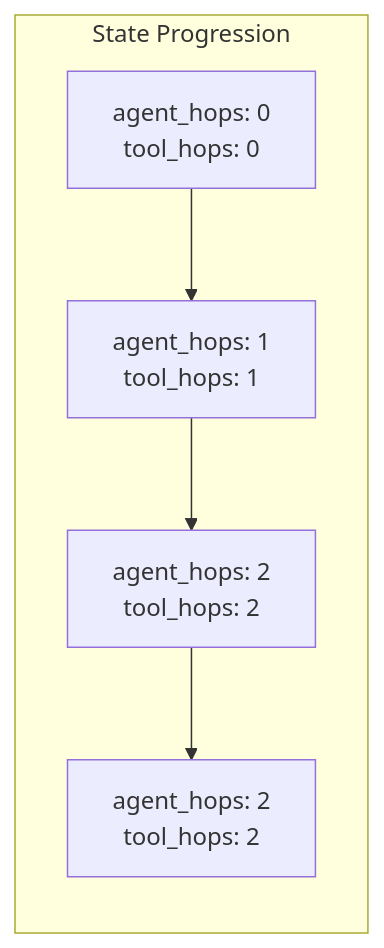
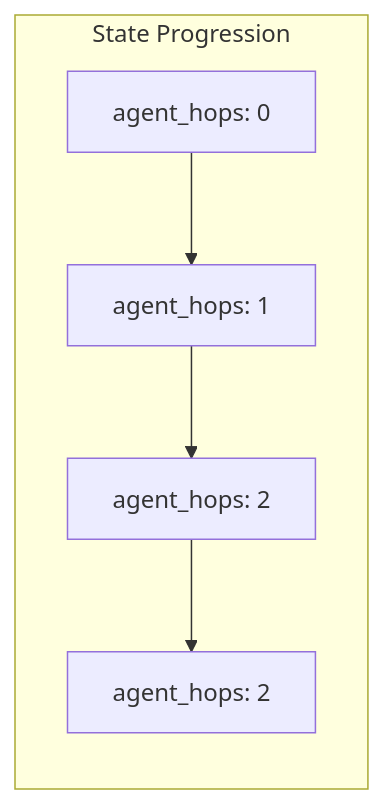
Before and after one commit to jonaskahn/cadence: diagram 14 of 19 in docs/concepts/langgraph-architecture.md, drawn with Mermaid. The commit also changed other lines of this file and 40 other files, not shown here.

First line of the commit message:
refactor: consolidate hop counting to agent_hops only

````diff
--- a/docs/concepts/langgraph-architecture.md
+++ b/docs/concepts/langgraph-architecture.md
@@ -926,11 +947,11 @@
 ```mermaid
 graph LR
     subgraph "State Progression"
-        A[agent_hops: 0<br/>tool_hops: 0]
-        B[agent_hops: 1<br/>tool_hops: 1]
-        C[agent_hops: 2<br/>tool_hops: 2]
-        D[agent_hops: 2<br/>tool_hops: 2]
+        A[agent_hops: 0]
+        B[agent_hops: 1]
+        C[agent_hops: 2]
+        D[agent_hops: 2]
     end
     
     A --> B --> C --> D
 ```
````
